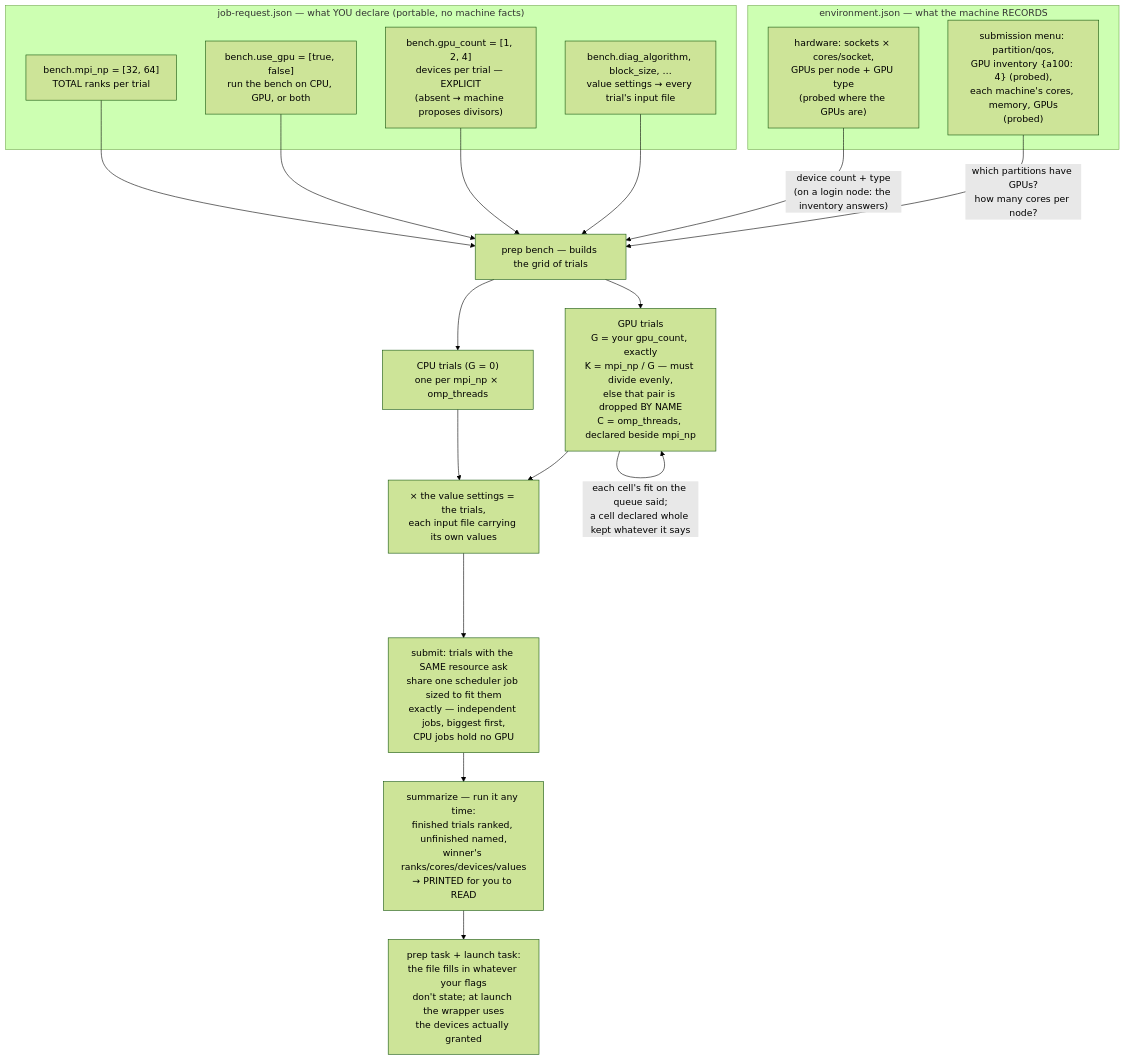
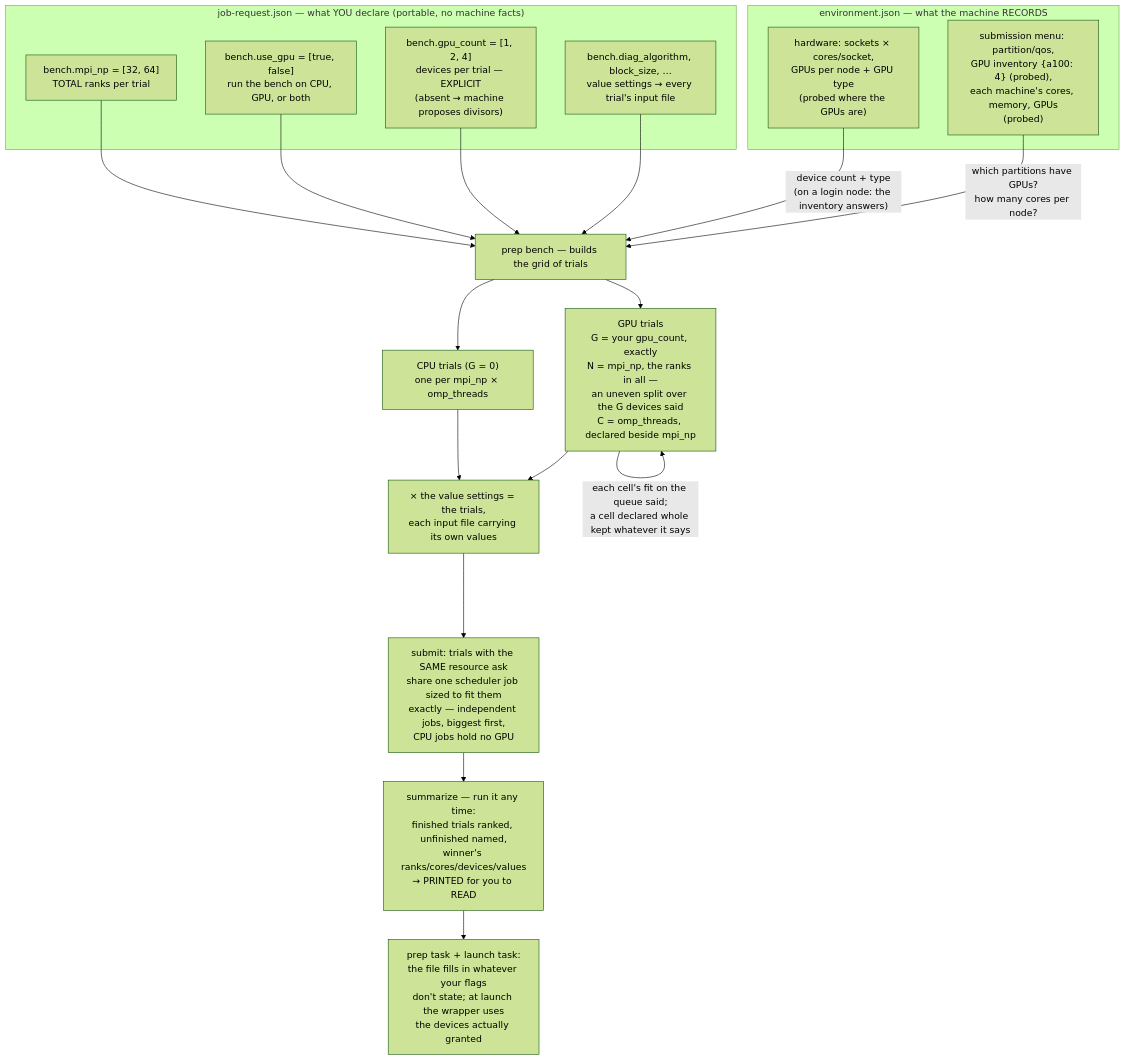
The second of 4 diagrams in docs/engines/tuning.md (Qing-LAB/molbuilder), drawn with Mermaid (forest theme) before and after one commit. The commit also changed other lines of this file and 35 other files, not shown here.

````diff
--- a/docs/engines/tuning.md
+++ b/docs/engines/tuning.md
@@ -542,28 +543,28 @@
 ```mermaid
 flowchart TD
     subgraph YOU["job-request.json — what YOU declare (portable, no machine facts)"]
         MP["bench.mpi_np = [32, 64]<br/>TOTAL ranks per trial"]
         EG["bench.use_gpu = [true, false]<br/>run the bench on CPU, GPU, or both"]
         GC["bench.gpu_count = [1, 2, 4]<br/>devices per trial — EXPLICIT<br/>(absent → machine proposes divisors)"]
         VA["bench.diag_algorithm, block_size, …<br/>value settings → every trial's input file"]
     end
     subgraph MACHINE["environment.json — what the machine RECORDS"]
         TOPO["hardware: sockets × cores/socket,<br/>GPUs per node + GPU type<br/>(probed where the GPUs are)"]
         DOM["submission menu: partition/qos,<br/>GPU inventory {a100: 4} (probed),<br/>each machine's cores, memory, GPUs<br/>(probed)"]
     end
     PREP["prep bench — builds the grid of trials"]
     MP --> PREP
     EG --> PREP
     GC --> PREP
     VA --> PREP
     TOPO -->|"device count + type<br/>(on a login node: the inventory answers)"| PREP
     DOM -->|"which partitions have GPUs?<br/>how many cores per node?"| PREP
     PREP --> CPU["CPU trials (G = 0)<br/>one per mpi_np × omp_threads"]
-    PREP --> GPU["GPU trials<br/>G = your gpu_count, exactly<br/>K = mpi_np / G — must divide evenly,<br/>else that pair is dropped BY NAME<br/>C = omp_threads, declared beside mpi_np"]
+    PREP --> GPU["GPU trials<br/>G = your gpu_count, exactly<br/>N = mpi_np, the ranks in all —<br/>an uneven split over the G devices said<br/>C = omp_threads, declared beside mpi_np"]
     GPU -->|"each cell's fit on the queue said;<br/>a cell declared whole kept whatever it says"| GPU
     CPU --> TRIALS["× the value settings = the trials,<br/>each input file carrying its own values"]
     GPU --> TRIALS
     TRIALS --> SHELF["submit: trials with the SAME resource ask<br/>share one scheduler job sized to fit them<br/>exactly — independent jobs, biggest first,<br/>CPU jobs hold no GPU"]
     SHELF --> SUMM["summarize — run it any time:<br/>finished trials ranked, unfinished named,<br/>winner's ranks/cores/devices/values<br/>→ PRINTED for you to READ"]
     SUMM --> RUN["prep task + launch task:<br/>the file fills in whatever your flags<br/>don't state; at launch the wrapper uses<br/>the devices actually granted"]
 ```
````
